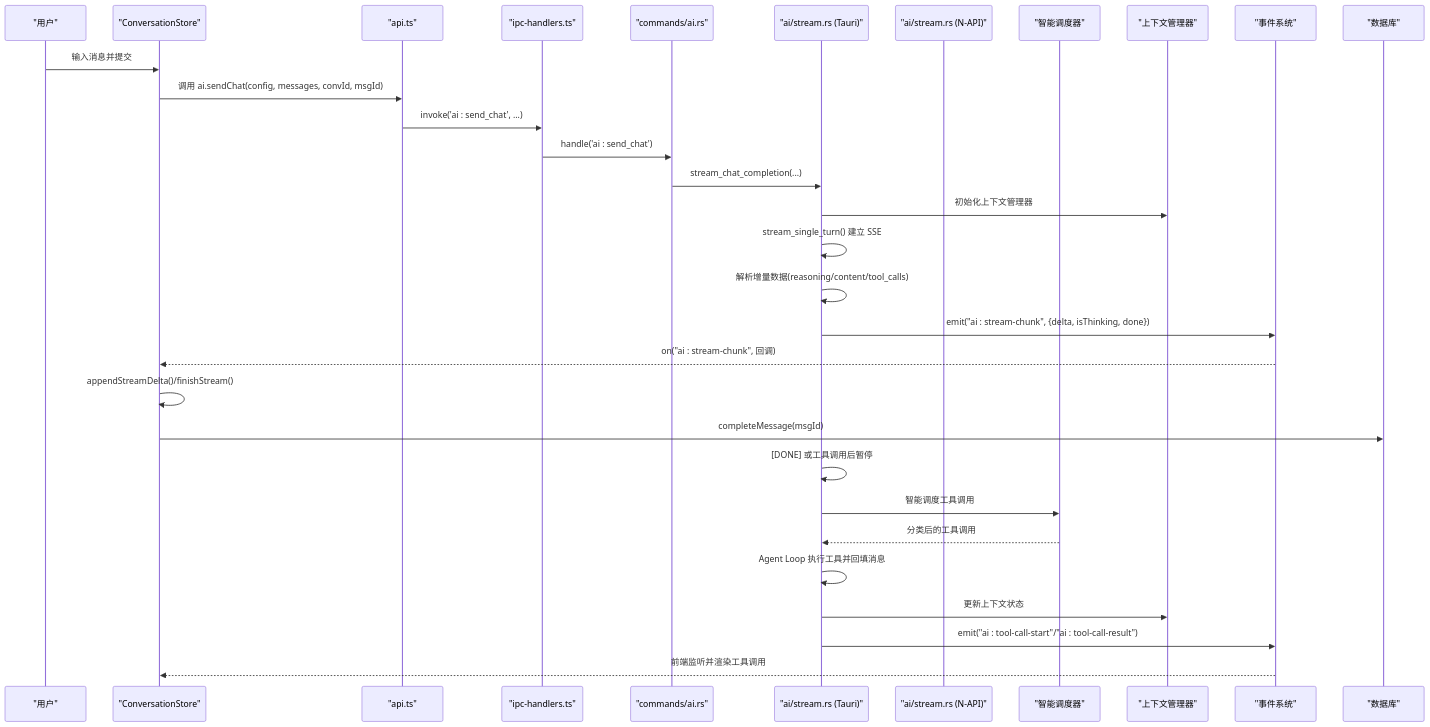
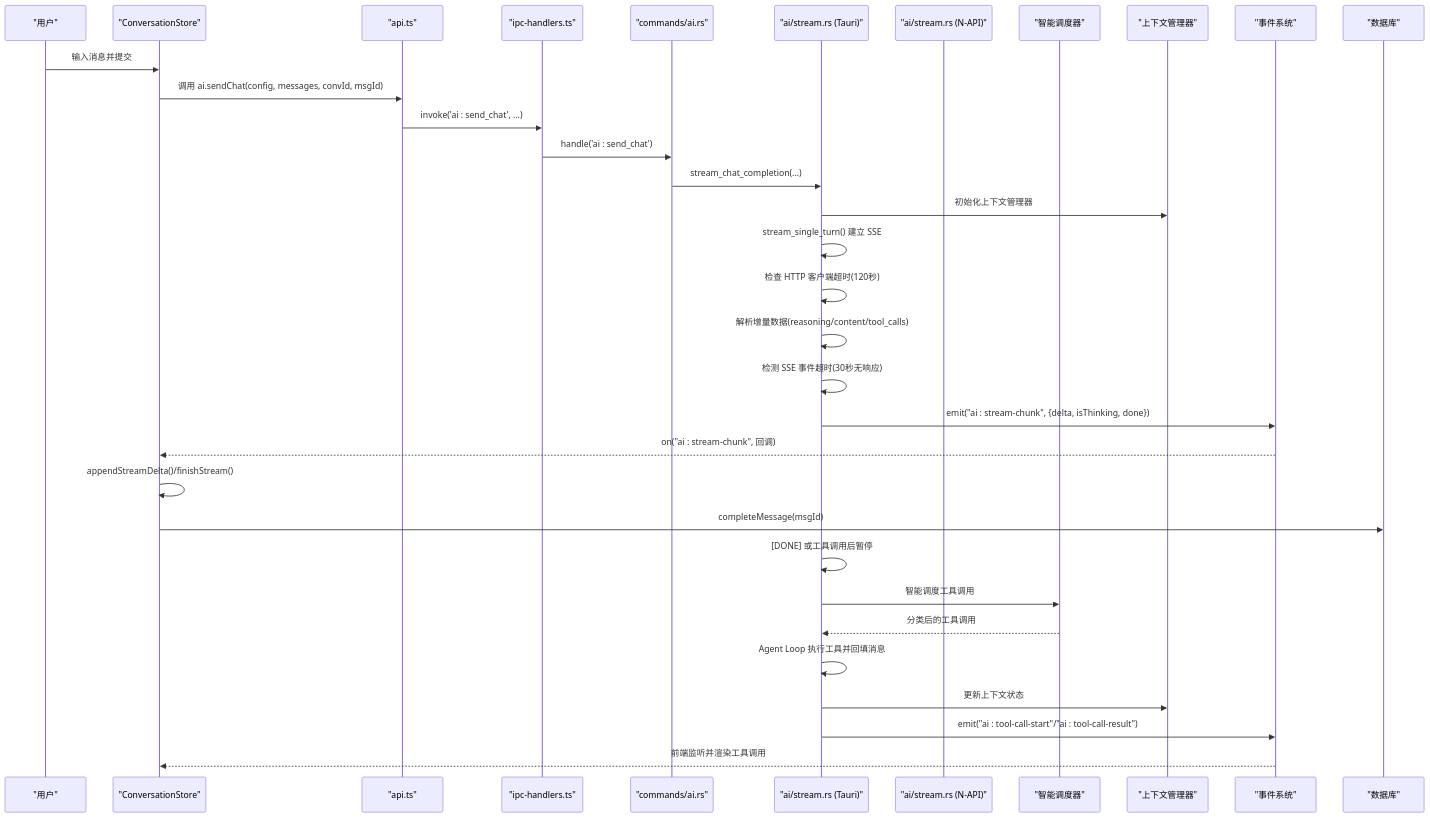
One commit to baike08/cosurf changed the second of 9 diagrams in .qoder/repowiki/zh/content/AI 代理系统/流式对话机制.md. Above: the diagram before and after it, drawn with Mermaid. The commit also changed other lines of this file and 23 other files, not shown here.

````diff
--- a/.qoder/repowiki/zh/content/AI 代理系统/流式对话机制.md
+++ b/.qoder/repowiki/zh/content/AI 代理系统/流式对话机制.md
@@ -128,33 +146,35 @@
 ```mermaid
 sequenceDiagram
 participant User as "用户"
 participant UI as "ConversationStore"
 participant API as "api.ts"
 participant IPC as "ipc-handlers.ts"
 participant CMD as "commands/ai.rs"
 participant STR_T as "ai/stream.rs (Tauri)"
 participant STR_N as "ai/stream.rs (N-API)"
 participant SCHED as "智能调度器"
 participant CTX as "上下文管理器"
 participant EVT as "事件系统"
 participant DB as "数据库"
 User->>UI : 输入消息并提交
 UI->>API : 调用 ai.sendChat(config, messages, convId, msgId)
 API->>IPC : invoke('ai : send_chat', ...)
 IPC->>CMD : handle('ai : send_chat')
 CMD->>STR_T : stream_chat_completion(...)
 STR_T->>CTX : 初始化上下文管理器
 STR_T->>STR_T : stream_single_turn() 建立 SSE
+STR_T->>STR_T : 检查 HTTP 客户端超时(120秒)
 STR_T->>STR_T : 解析增量数据(reasoning/content/tool_calls)
+STR_T->>STR_T : 检测 SSE 事件超时(30秒无响应)
 STR_T->>EVT : emit("ai : stream-chunk", {delta, isThinking, done})
 EVT-->>UI : on("ai : stream-chunk", 回调)
 UI->>UI : appendStreamDelta()/finishStream()
 UI->>DB : completeMessage(msgId)
 STR_T->>STR_T : [DONE] 或工具调用后暂停
 STR_T->>SCHED : 智能调度工具调用
 SCHED-->>STR_T : 分类后的工具调用
 STR_T->>STR_T : Agent Loop 执行工具并回填消息
 STR_T->>CTX : 更新上下文状态
 STR_T->>EVT : emit("ai : tool-call-start"/"ai : tool-call-result")
 EVT-->>UI : 前端监听并渲染工具调用
 ```
````
